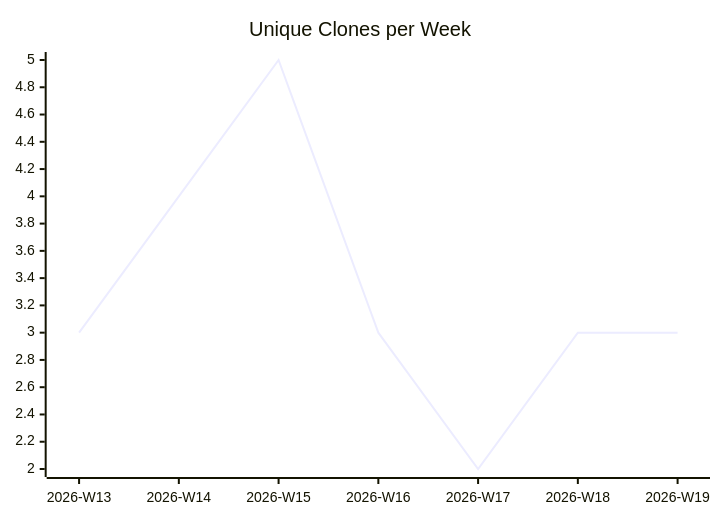
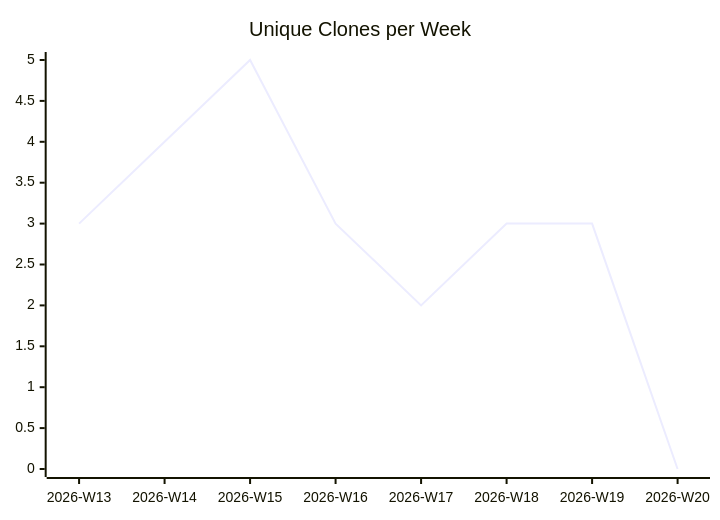
Before and after one commit to justdavis-family/github-analytics-data: the third of 3 diagrams in karlmdavis/justdavis-karl/README.md, drawn with Mermaid. The commit also changed other lines of this file and 176 other files, not shown here.

````diff
--- a/karlmdavis/justdavis-karl/README.md
+++ b/karlmdavis/justdavis-karl/README.md
@@ -19,6 +19,6 @@
 ```mermaid
 xychart-beta
   title "Unique Clones per Week"
-  x-axis ["2026-W13", "2026-W14", "2026-W15", "2026-W16", "2026-W17", "2026-W18", "2026-W19"]
-  line [3, 4, 5, 3, 2, 3, 3]
+  x-axis ["2026-W13", "2026-W14", "2026-W15", "2026-W16", "2026-W17", "2026-W18", "2026-W19", "2026-W20"]
+  line [3, 4, 5, 3, 2, 3, 3, 0]
 ```
````
